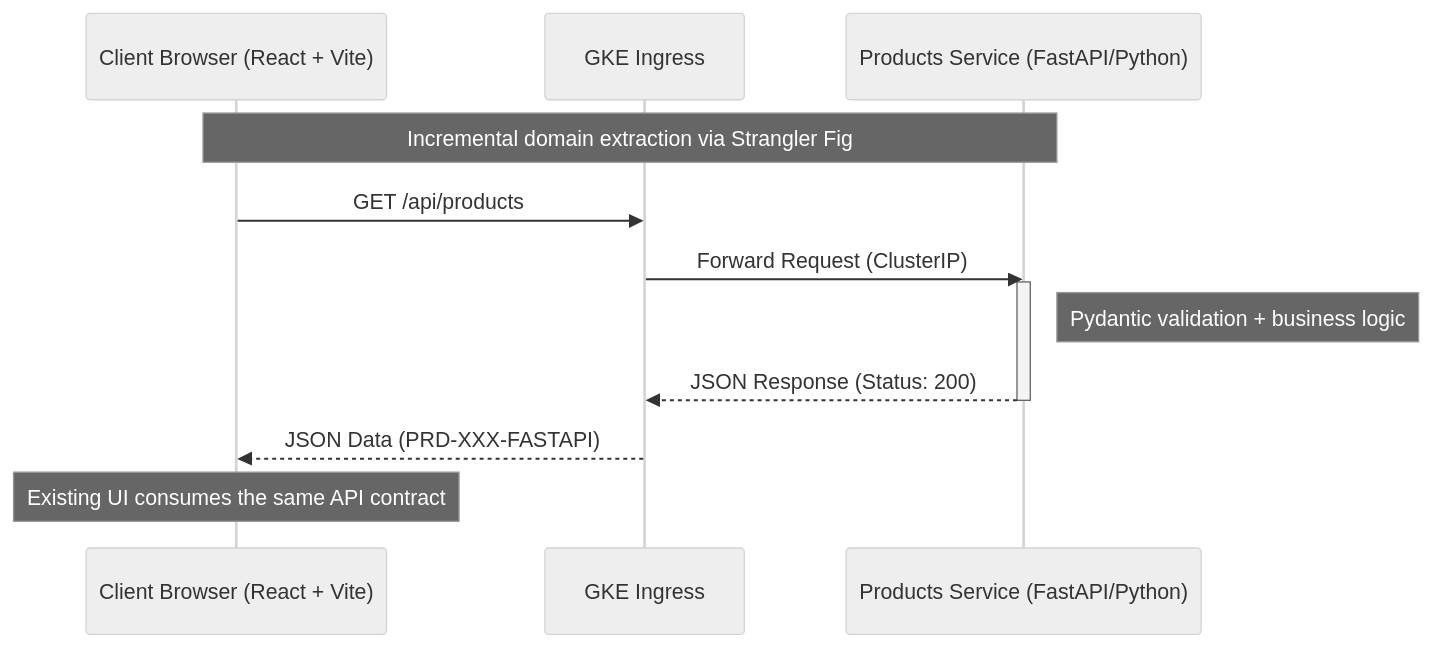
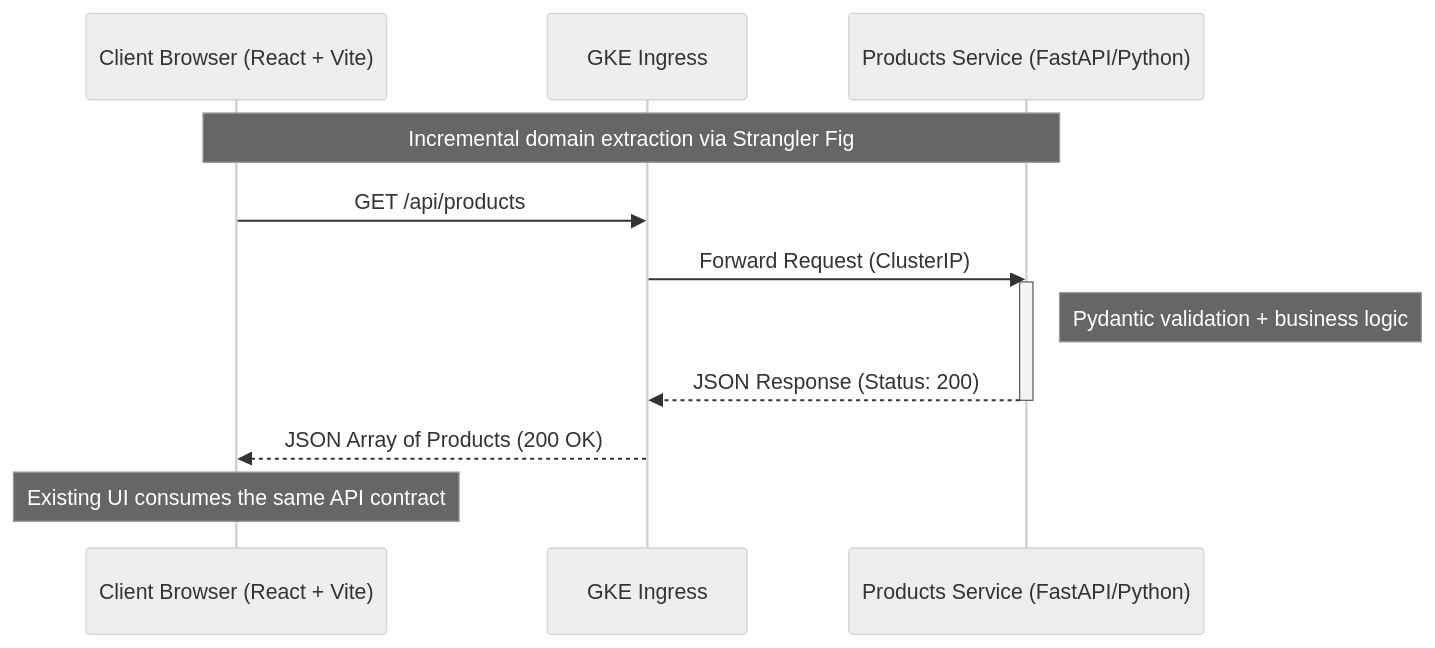
One commit to razackou/gke-strangler-fig-architecture changed the first of 5 diagrams in README.md. Above: the diagram before and after it, drawn with Mermaid (neutral theme). The commit also changed other lines of this file and 3 other files, not shown here.

````diff
--- a/README.md
+++ b/README.md
@@ -97,20 +97,20 @@
 ```mermaid
 sequenceDiagram
     participant Browser as Client Browser (React + Vite)
     participant Ingress as GKE Ingress
     participant FastAPI as Products Service (FastAPI/Python)
 
     Note over Browser, FastAPI: Incremental domain extraction via Strangler Fig
 
     Browser->>Ingress: GET /api/products
     Ingress->>FastAPI: Forward Request (ClusterIP)
 
     activate FastAPI
     Note right of FastAPI: Pydantic validation + business logic
     FastAPI-->>Ingress: JSON Response (Status: 200)
     deactivate FastAPI
 
-    Ingress-->>Browser: JSON Data (PRD-XXX-FASTAPI)
+    Ingress-->>Browser: JSON Array of Products (200 OK)
 
     Note over Browser: Existing UI consumes the same API contract
 ```
````
